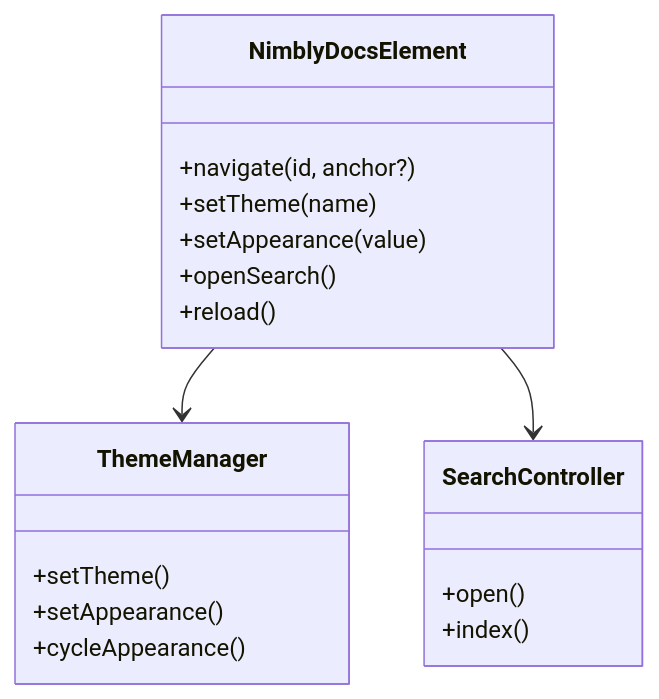
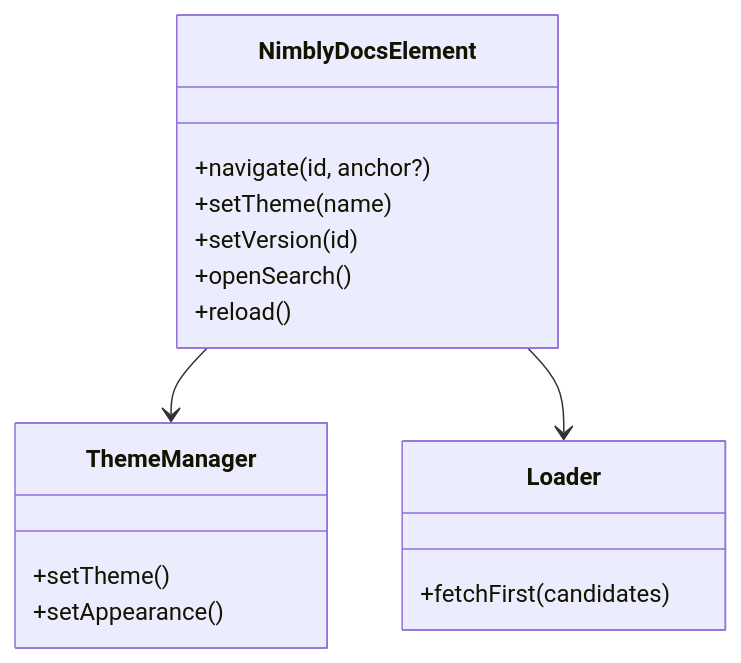
Before and after one commit to asterd/nimbly-docs: the fourth of 9 diagrams in docs/pages/diagrams.md, drawn with Mermaid. The commit also changed other lines of this file and 46 other files, not shown here.

First line of the commit message:
feat(v0.0.7): cleaner Nimbly Classic, toned badges, isolated code groups, single diagrams page

````diff
--- a/docs/pages/diagrams.md
+++ b/docs/pages/diagrams.md
@@ -57,21 +69,19 @@
 ```mermaid
 classDiagram
     class NimblyDocsElement {
       +navigate(id, anchor?)
       +setTheme(name)
-      +setAppearance(value)
+      +setVersion(id)
       +openSearch()
       +reload()
     }
     class ThemeManager {
       +setTheme()
       +setAppearance()
-      +cycleAppearance()
     }
-    class SearchController {
-      +open()
-      +index()
+    class Loader {
+      +fetchFirst(candidates)
     }
     NimblyDocsElement --> ThemeManager
-    NimblyDocsElement --> SearchController
+    NimblyDocsElement --> Loader
 ```
````
